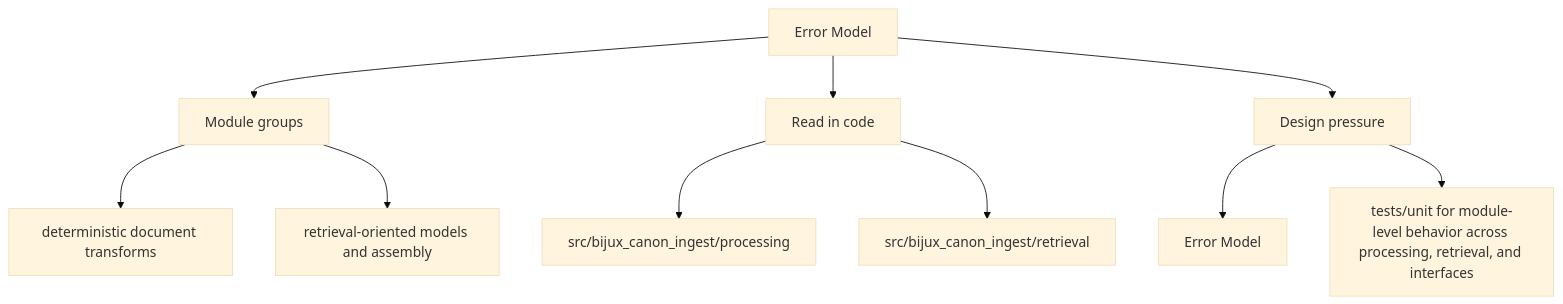
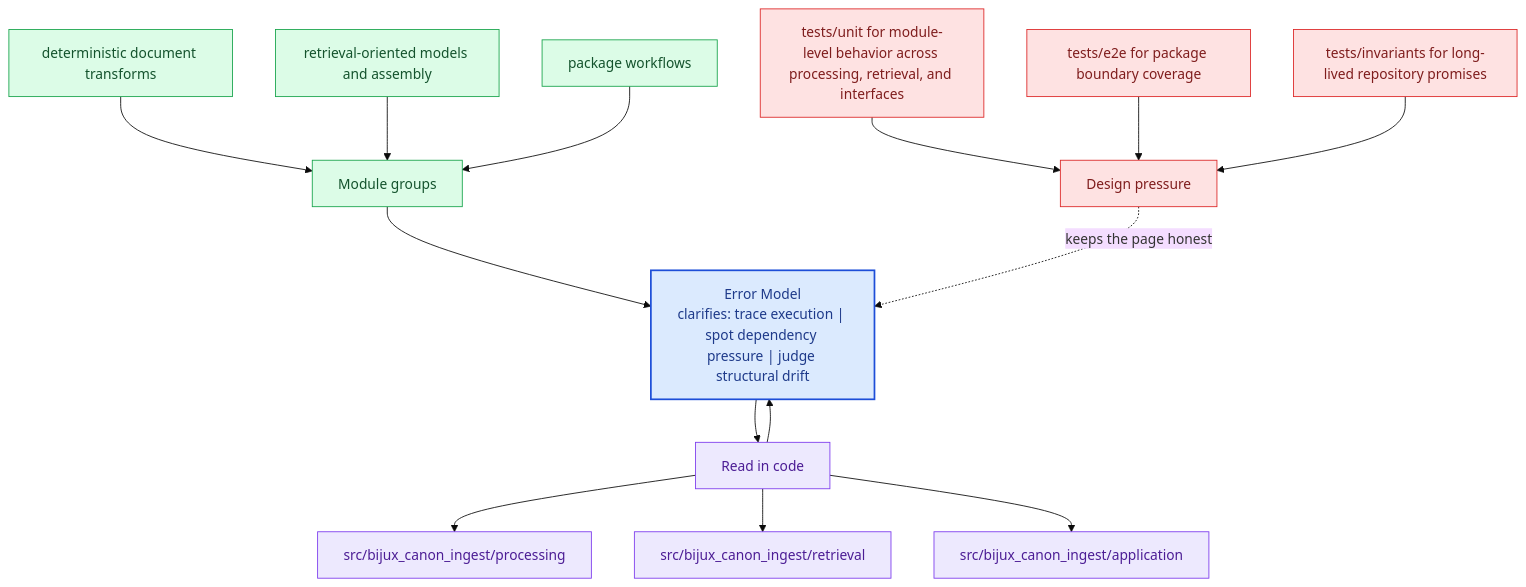
One commit to bijux/bijux-canon changed the second of 2 diagrams in docs/bijux-canon-ingest/architecture/error-model.md. Above: the diagram before and after it, drawn with Mermaid (base theme). The commit also changed other lines of this file and 281 other files, not shown here.

Commit message:
docs(diagrams): deepen handbook mermaid maps across the catalog

````diff
--- a/docs/bijux-canon-ingest/architecture/error-model.md
+++ b/docs/bijux-canon-ingest/architecture/error-model.md
@@ -35,22 +68,40 @@
 ```mermaid
-flowchart TD
-    page["Error Model"]
+flowchart TB
+    promise["Error Model<br/>clarifies: trace execution | spot dependency pressure | judge structural drift"]
+    classDef promise fill:#dbeafe,stroke:#1d4ed8,color:#1e3a8a,stroke-width:2px;
+    classDef driver fill:#dcfce7,stroke:#16a34a,color:#14532d;
+    classDef constraint fill:#fee2e2,stroke:#dc2626,color:#7f1d1d;
+    classDef ground fill:#ede9fe,stroke:#7c3aed,color:#4c1d95;
     focus1["Module groups"]
-    page --> focus1
+    focus1 --> promise
     focus1_1["deterministic document transforms"]
-    focus1 --> focus1_1
+    focus1_1 --> focus1
     focus1_2["retrieval-oriented models and assembly"]
-    focus1 --> focus1_2
+    focus1_2 --> focus1
+    focus1_3["package workflows"]
+    focus1_3 --> focus1
+    class focus1 driver;
+    class focus1_1,focus1_2,focus1_3 driver;
     focus2["Read in code"]
-    page --> focus2
+    focus2 --> promise
+    promise --> focus2
     focus2_1["src/bijux_canon_ingest/processing"]
     focus2 --> focus2_1
     focus2_2["src/bijux_canon_ingest/retrieval"]
     focus2 --> focus2_2
+    focus2_3["src/bijux_canon_ingest/application"]
+    focus2 --> focus2_3
+    class focus2 ground;
+    class focus2_1,focus2_2,focus2_3 ground;
     focus3["Design pressure"]
-    page --> focus3
-    focus3_1["Error Model"]
-    focus3 --> focus3_1
-    focus3_2["tests/unit for module-level behavior across processing, retrieval, and interfaces"]
-    focus3 --> focus3_2
+    focus3 -.keeps the page honest.-> promise
+    focus3_1["tests/unit for module-level behavior across processing, retrieval, and interfaces"]
+    focus3_1 --> focus3
+    focus3_2["tests/e2e for package boundary coverage"]
+    focus3_2 --> focus3
+    focus3_3["tests/invariants for long-lived repository promises"]
+    focus3_3 --> focus3
+    class focus3 constraint;
+    class focus3_1,focus3_2,focus3_3 constraint;
+    class promise promise;
 ```
````
